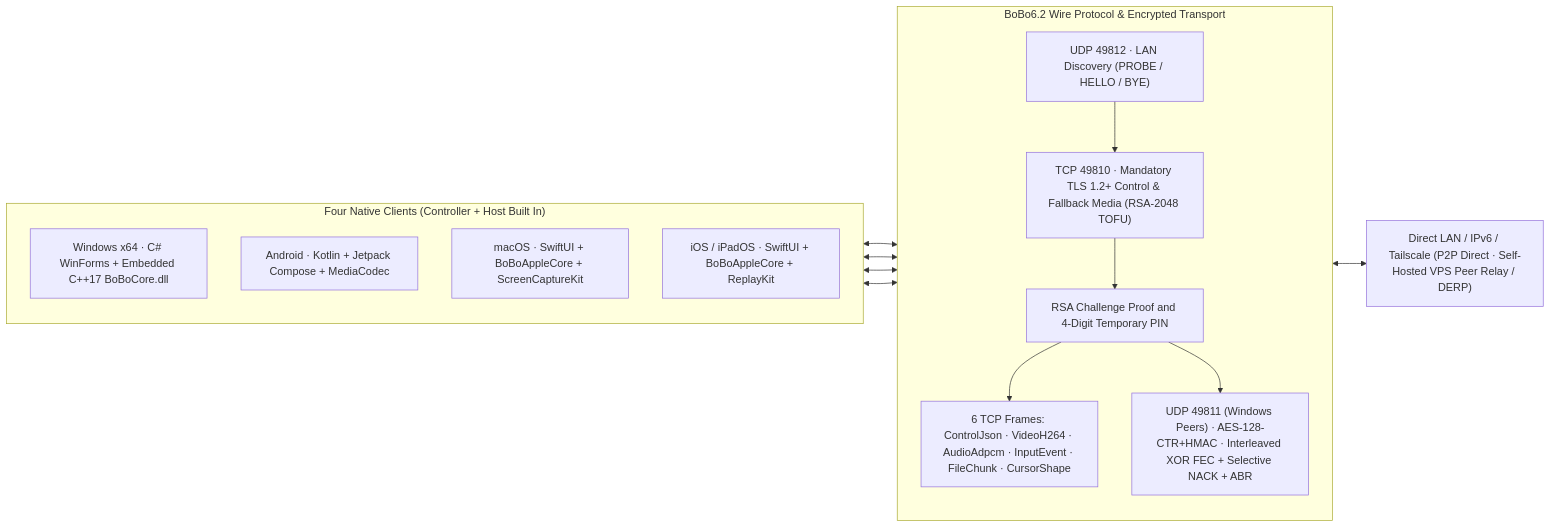
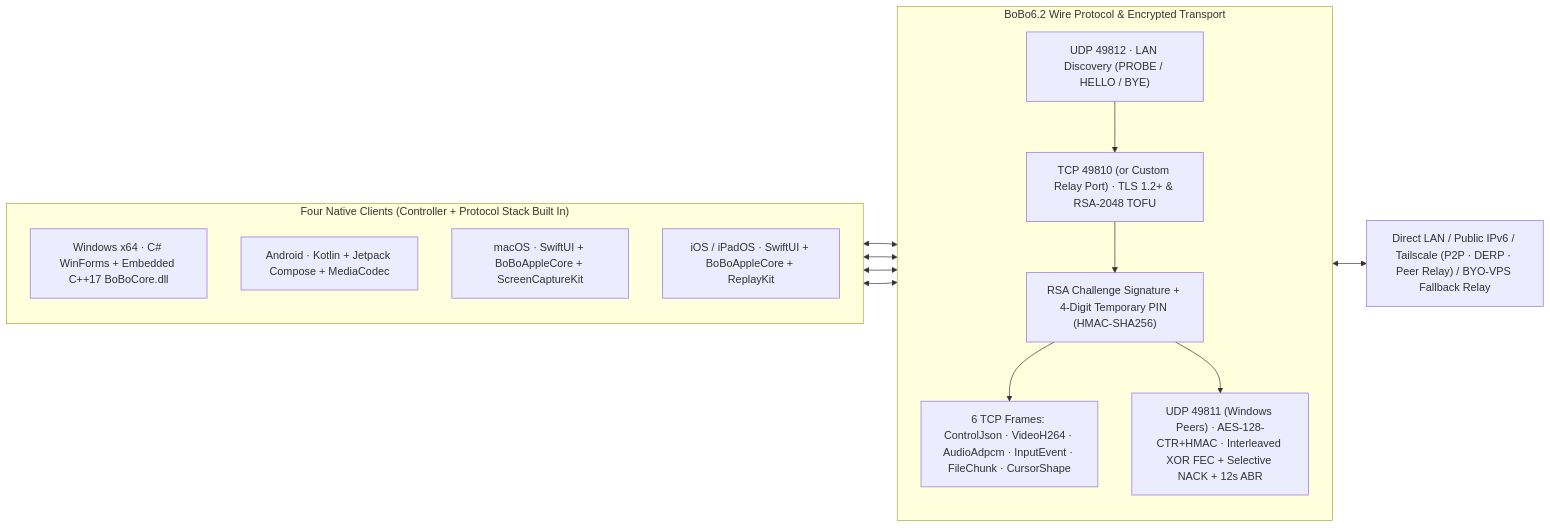
Before and after one commit to Gluxggg/BoBo-Remote: the first of 2 diagrams in README.en.md, drawn with Mermaid. The commit also changed other lines of this file and 1 other file, not shown here.

Commit message:
docs: holistically rewrite README.md and README.en.md highlighting project architecture and strengths

````diff
--- a/README.en.md
+++ b/README.en.md
@@ -64,29 +119,29 @@
 ```mermaid
 flowchart LR
-  subgraph CLIENTS["Four Native Clients (Controller + Host Built In)"]
+  subgraph CLIENTS["Four Native Clients (Controller + Protocol Stack Built In)"]
     direction TB
     WIN["Windows x64 · C# WinForms + Embedded C++17 BoBoCore.dll"]
     AND["Android · Kotlin + Jetpack Compose + MediaCodec"]
     MAC["macOS · SwiftUI + BoBoAppleCore + ScreenCaptureKit"]
     IOS["iOS / iPadOS · SwiftUI + BoBoAppleCore + ReplayKit"]
   end
 
-  subgraph PROTO["BoBo6.2 Wire Protocol &amp; Encrypted Transport"]
+  subgraph PROTO["BoBo6.2 Wire Protocol & Encrypted Transport"]
     direction TB
     DISC["UDP 49812 · LAN Discovery (PROBE / HELLO / BYE)"]
-    TLS["TCP 49810 · Mandatory TLS 1.2+ Control &amp; Fallback Media (RSA-2048 TOFU)"]
-    AUTH["RSA Challenge Proof and 4-Digit Temporary PIN"]
+    TLS["TCP 49810 (or Custom Relay Port) · TLS 1.2+ & RSA-2048 TOFU"]
+    AUTH["RSA Challenge Signature + 4-Digit Temporary PIN (HMAC-SHA256)"]
     FRAMES["6 TCP Frames: ControlJson · VideoH264 · AudioAdpcm · InputEvent · FileChunk · CursorShape"]
-    UDP["UDP 49811 (Windows Peers) · AES-128-CTR+HMAC · Interleaved XOR FEC + Selective NACK + ABR"]
+    UDP["UDP 49811 (Windows Peers) · AES-128-CTR+HMAC · Interleaved XOR FEC + Selective NACK + 12s ABR"]
     DISC --> TLS --> AUTH --> FRAMES
     AUTH --> UDP
   end
 
-  NET["Direct LAN / IPv6 / Tailscale (P2P Direct · Self-Hosted VPS Peer Relay / DERP)"]
+  NET["Direct LAN / Public IPv6 / Tailscale (P2P · DERP · Peer Relay) / BYO-VPS Fallback Relay"]
 
   WIN <--> PROTO
   AND <--> PROTO
   MAC <--> PROTO
   IOS <--> PROTO
   PROTO <--> NET
 ```
````
